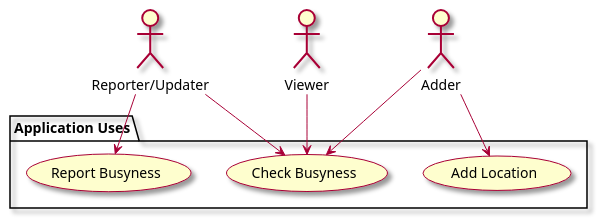
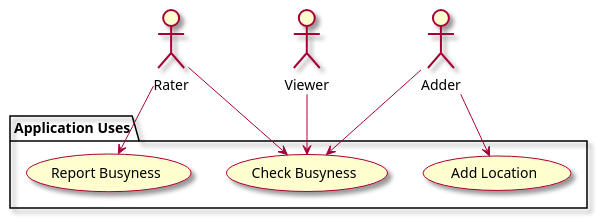
The diagram in intellij/documentation/vision.md (manoushpajouh/Vassar-Crowdmeter), drawn with PlantUML before and after one commit.

Commit message:
update language of vision.md

````diff
--- a/intellij/documentation/vision.md
+++ b/intellij/documentation/vision.md
@@ -39,27 +39,27 @@
 ```plantuml
 @startuml
 skin rose 
 
 ' human actors
-actor "Reporter/Updater" as updater
+actor "Rater" as rater
 actor "Viewer" as viewer
 actor "Adder" as adder
 
 
 
 ' list all use cases in package
 package "Application Uses" {
 usecase "Check Busyness" as checkBusy
 usecase "Report Busyness" as reportBusy
 usecase "Add Location" as addLocation
 }
 ' list relationships between actors and use cases
 viewer --> checkBusy
-updater --> reportBusy
-updater --> checkBusy
+rater --> reportBusy
+rater --> checkBusy
 adder --> addLocation
 adder --> checkBusy
 
 
 @enduml
 ```
````
